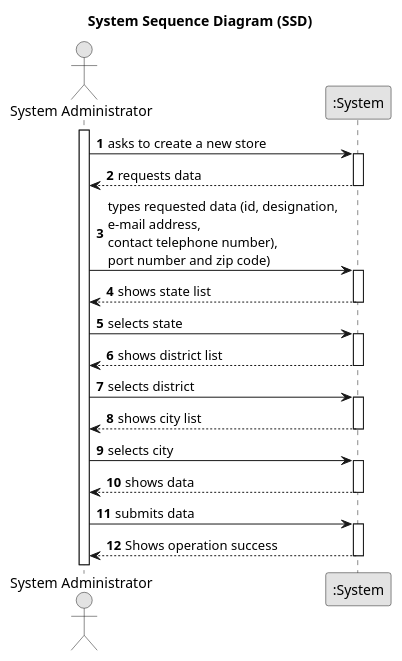
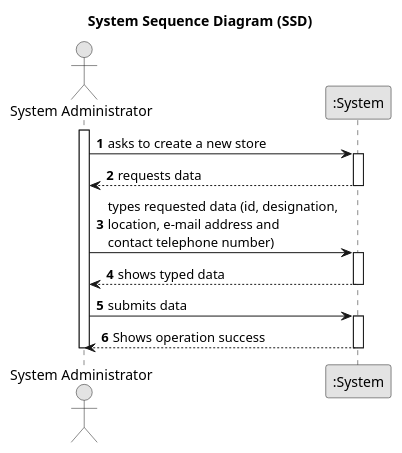
The diagram in docs/Sprint-B/US005/01.requirements-engineering/puml/us005-system-sequence-diagram.puml (Rodrick0209/ISEP-LAPR2-22-23), drawn with PlantUML before and after one commit. The commit also changed 18 other files, not shown here.

Commit message:
US006 Design (SD & Class Diagram) & Tests and Implementation

```diff
--- a/docs/Sprint-B/US005/01.requirements-engineering/puml/us005-system-sequence-diagram.puml
+++ b/docs/Sprint-B/US005/01.requirements-engineering/puml/us005-system-sequence-diagram.puml
@@ -1,46 +1,33 @@
 @startuml
 skinparam monochrome true
 skinparam packageStyle rectangle
 skinparam shadowing false
 
 title System Sequence Diagram (SSD)
 
 autonumber
 
 actor "System Administrator" as Administrator
 participant ":System" as System
 
 
 activate Administrator
 
     Administrator -> System : asks to create a new store
     activate System
         System --> Administrator : requests data
         deactivate System
 
-    Administrator -> System : types requested data (id, designation, \ne-mail address, \ncontact telephone number), \nport number and zip code)
+    Administrator -> System : types requested data (id, designation, \nlocation, e-mail address and \ncontact telephone number)
     activate System
-        System --> Administrator: shows state list
-        deactivate System
-
-    Administrator -> System: selects state
-    activate System
-        System --> Administrator: shows district list
-        deactivate System
-
-    Administrator -> System: selects district
-    activate System
-        System --> Administrator: shows city list
-        deactivate System
-
-    Administrator -> System: selects city
-    activate System
-        System --> Administrator: shows data
+        System --> Administrator: shows typed data
         deactivate System
 
     Administrator -> System : submits data
     activate System
         System --> Administrator : Shows operation success
         deactivate System
 
+deactivate Administrator
+
 @enduml
```
